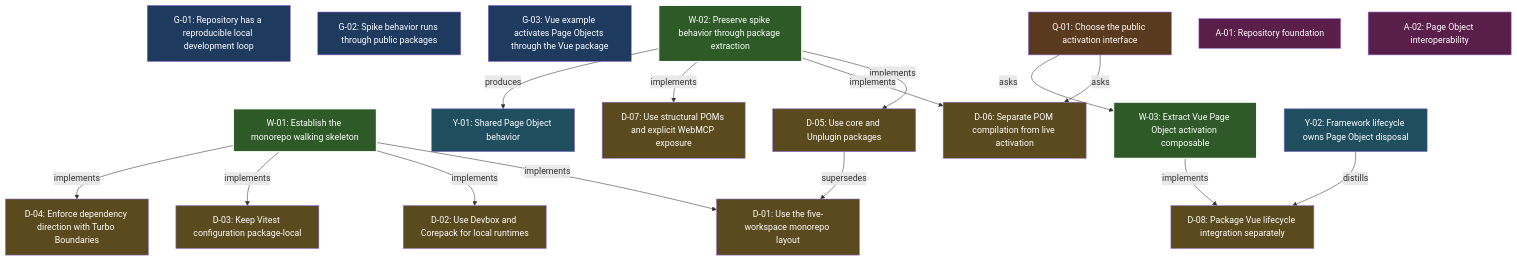
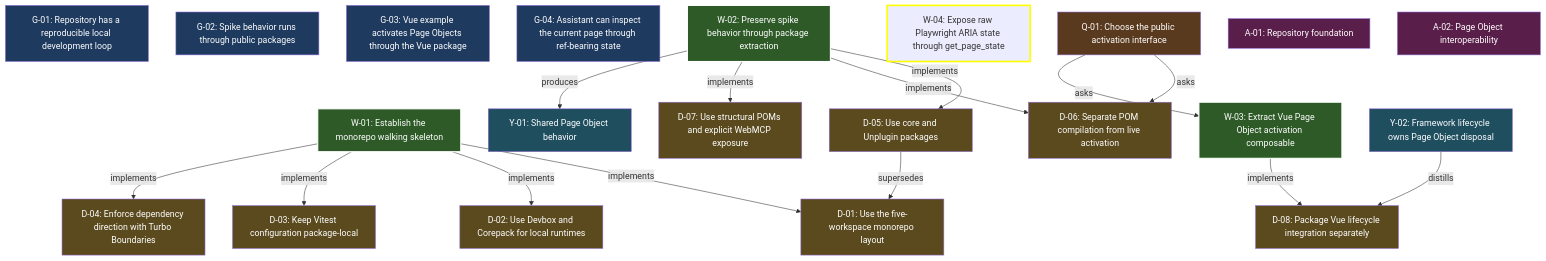
Before and after one commit to ayme-labs/ayme-webmcp: the diagram in .grove/index.md, drawn with Mermaid. The commit also changed other lines of this file and 12 other files, not shown here.

Commit message:
feat: expose raw Playwright page state

````diff
--- a/.grove/index.md
+++ b/.grove/index.md
@@ -65,49 +67,52 @@
 ```mermaid
 graph TD
   G_01["G-01: Repository has a reproducible local development loop"]:::goal
   G_02["G-02: Spike behavior runs through public packages"]:::goal
   G_03["G-03: Vue example activates Page Objects through the Vue package"]:::goal
+  G_04["G-04: Assistant can inspect the current page through ref-bearing state"]:::goal
   W_01["W-01: Establish the monorepo walking skeleton"]:::done
   W_02["W-02: Preserve spike behavior through package extraction"]:::done
   W_03["W-03: Extract Vue Page Object activation composable"]:::done
+  W_04["W-04: Expose raw Playwright ARIA state through get_page_state"]:::progress,critical
   D_01["D-01: Use the five-workspace monorepo layout"]:::decision
   D_02["D-02: Use Devbox and Corepack for local runtimes"]:::decision
   D_03["D-03: Keep Vitest configuration package-local"]:::decision
   D_04["D-04: Enforce dependency direction with Turbo Boundaries"]:::decision
   D_05["D-05: Use core and Unplugin packages"]:::decision
   D_06["D-06: Separate POM compilation from live activation"]:::decision
   D_07["D-07: Use structural POMs and explicit WebMCP exposure"]:::decision
   D_08["D-08: Package Vue lifecycle integration separately"]:::decision
   Q_01["Q-01: Choose the public activation interface"]:::question
   Y_01["Y-01: Shared Page Object behavior"]:::discovery
   Y_02["Y-02: Framework lifecycle owns Page Object disposal"]:::discovery
   A_01["A-01: Repository foundation"]:::area
   A_02["A-02: Page Object interoperability"]:::area
   D_05 -->|supersedes| D_01
   Q_01 -->|asks| D_06
   Q_01 -->|asks| W_03
   W_01 -->|implements| D_01
   W_01 -->|implements| D_02
   W_01 -->|implements| D_03
   W_01 -->|implements| D_04
   W_02 -->|implements| D_05
   W_02 -->|implements| D_06
   W_02 -->|implements| D_07
   W_02 -->|produces| Y_01
   W_03 -->|implements| D_08
   Y_02 -->|distills| D_08
+  class W_04 critical
 classDef area fill:#5a1e4a,color:#fff
 classDef goal fill:#1e3a5f,color:#fff
 classDef theme fill:#2a4a3a,color:#fff
 classDef decision fill:#5a4a1e,color:#fff
 classDef question fill:#5a3a1e,color:#fff
 classDef assumption fill:#4a2d5a,color:#fff
 classDef spike fill:#3a3a5a,color:#fff
 classDef feature fill:#1e4a4a,color:#fff
 classDef ready fill:#2d5a27,color:#fff
 classDef progress fill:#3a4a6a,color:#fff,stroke:#fff,stroke-width:2px
 classDef done fill:#2d5a27,color:#fff,stroke:#fff,stroke-width:2px
 classDef rejected fill:#5a5a5a,color:#fff
 classDef discovery fill:#1f4e5f,color:#fff
 classDef critical stroke:#ff0,stroke-width:3px
 ```
````
